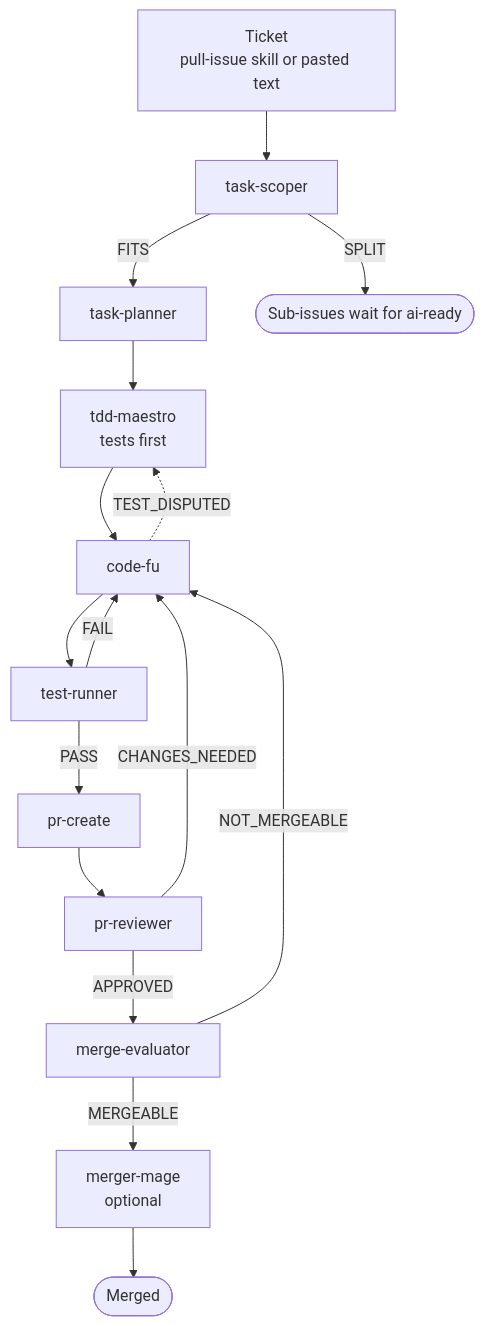
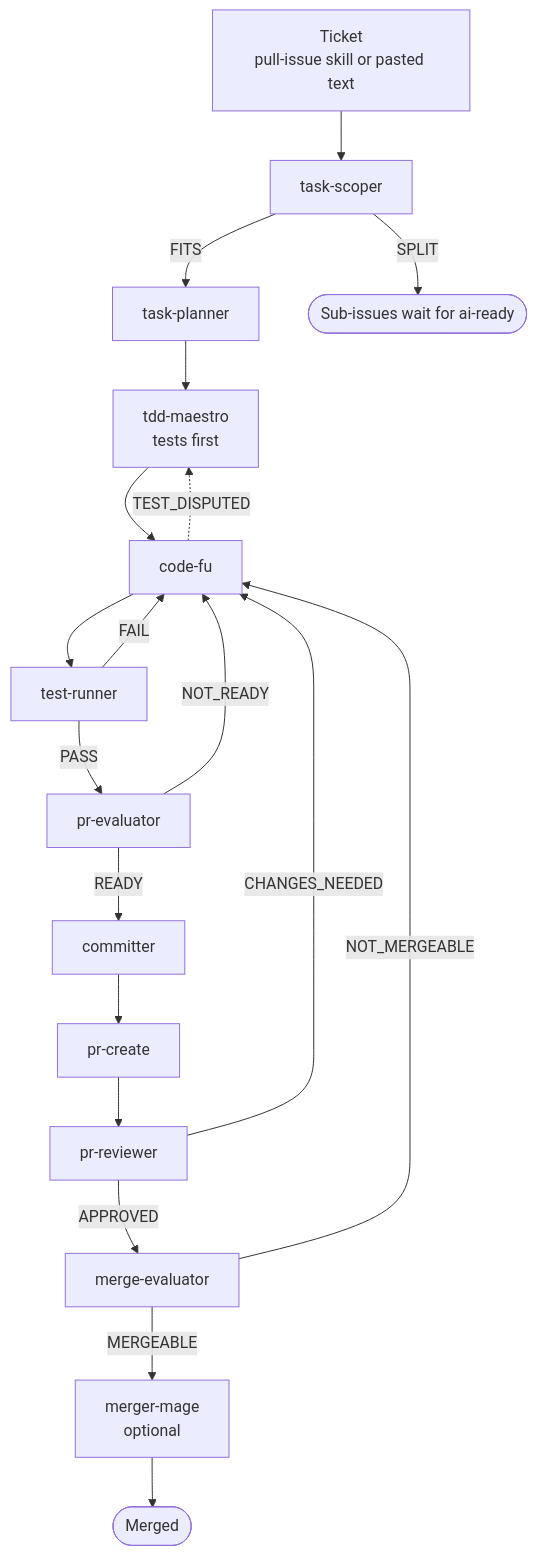
The diagram in README.md (thelim3y/agentic-engineering-workflow-legacy), drawn with Mermaid before and after one commit. The commit also changed other lines of this file and 6 other files, not shown here.

Commit message:
docs: add pr-evaluator and committer

````diff
--- a/README.md
+++ b/README.md
@@ -24,18 +26,21 @@
 ```mermaid
 flowchart TD
     ticket["Ticket<br/>pull-issue skill or pasted text"] --> scope["task-scoper"]
     scope -- FITS --> plan["task-planner"]
     scope -- SPLIT --> subs(["Sub-issues wait for ai-ready"])
     plan --> tests["tdd-maestro<br/>tests first"]
     tests --> code["code-fu"]
     code -. TEST_DISPUTED .-> tests
     code --> run["test-runner"]
     run -- FAIL --> code
-    run -- PASS --> pr["pr-create"]
+    run -- PASS --> ready["pr-evaluator"]
+    ready -- NOT_READY --> code
+    ready -- READY --> commit["committer"]
+    commit --> pr["pr-create"]
     pr --> review["pr-reviewer"]
     review -- CHANGES_NEEDED --> code
     review -- APPROVED --> eval["merge-evaluator"]
     eval -- NOT_MERGEABLE --> code
     eval -- MERGEABLE --> merge["merger-mage<br/>optional"]
     merge --> done(["Merged"])
 ```
````
